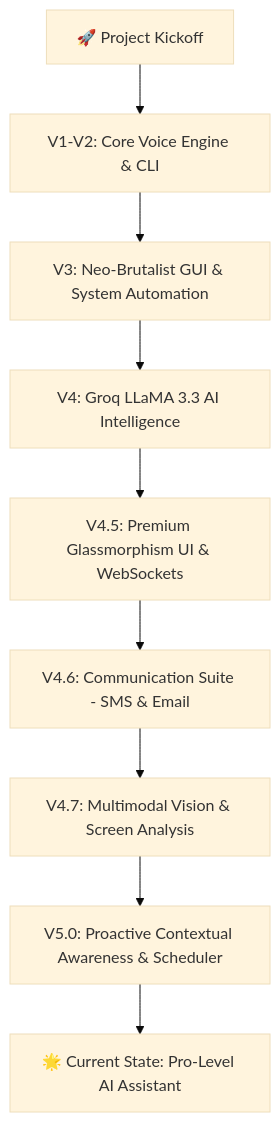
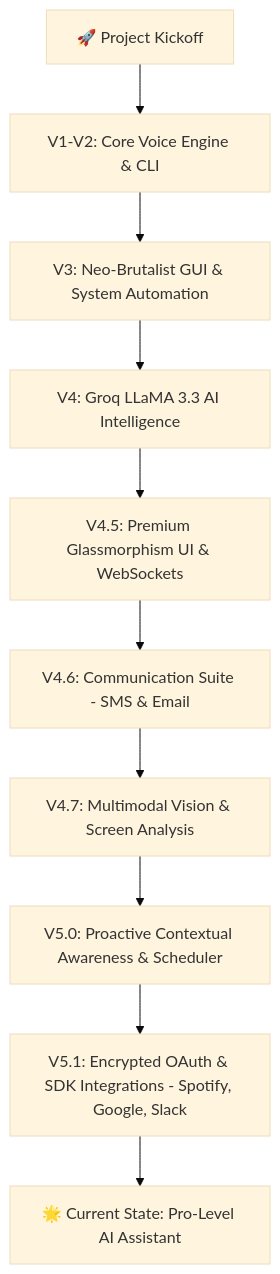
One commit to Rajmund09/THING-Voice-Assistant changed the diagram in README.md. Above: the diagram before and after it, drawn with Mermaid (base theme). The commit also changed other lines of this file, not shown here.

Commit message:
docs: Update README.md with Phase 4 OAuth & SDK integrations

````diff
--- a/README.md
+++ b/README.md
@@ -33,11 +34,12 @@
 ```mermaid
 graph TD
     Start[🚀 Project Kickoff] --> Init[V1-V2: Core Voice Engine & CLI]
     Init --> UI[V3: Neo-Brutalist GUI & System Automation]
     UI --> AI[V4: Groq LLaMA 3.3 AI Intelligence]
     AI --> Glass[V4.5: Premium Glassmorphism UI & WebSockets]
     Glass --> Comm[V4.6: Communication Suite - SMS & Email]
     Comm --> Vision[V4.7: Multimodal Vision & Screen Analysis]
     Vision --> Proactive[V5.0: Proactive Contextual Awareness & Scheduler]
-    Proactive --> Current[🌟 Current State: Pro-Level AI Assistant]
+    Proactive --> OAuth[V5.1: Encrypted OAuth & SDK Integrations - Spotify, Google, Slack]
+    OAuth --> Current[🌟 Current State: Pro-Level AI Assistant]
 ```
````
